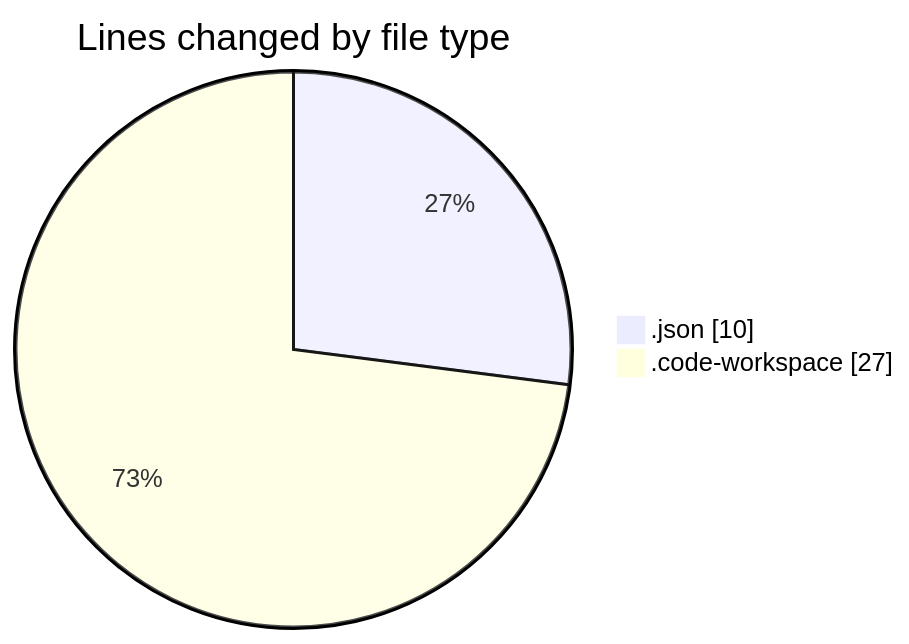
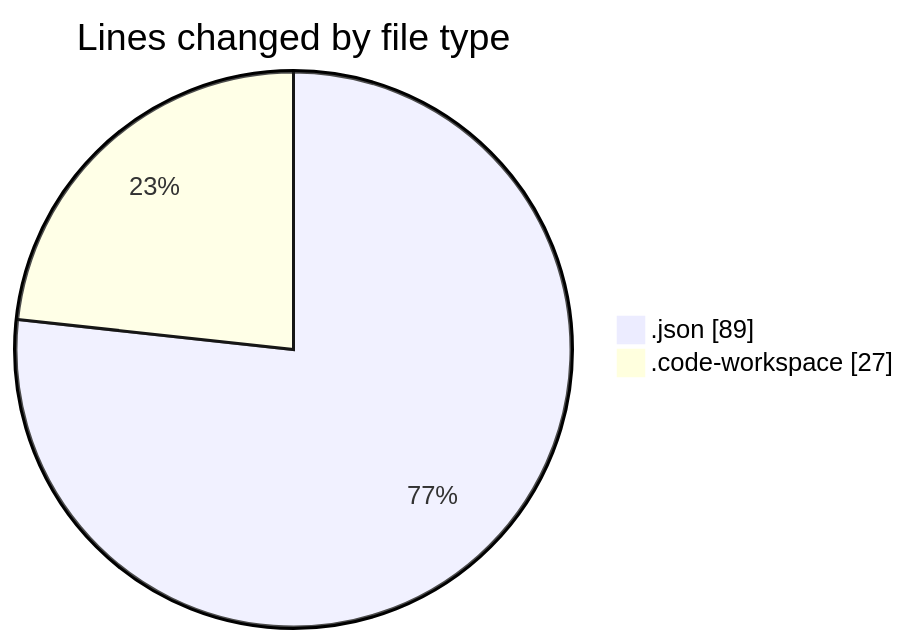
Before and after one commit to jadenblack/code-tracking: the first of 2 diagrams in 2026-02-27/shadcn-admin-kit-main__workspace_/README.md, drawn with Mermaid. The commit also changed other lines of this file and 1 other file, not shown here.

````diff
--- a/2026-02-27/shadcn-admin-kit-main__workspace_/README.md
+++ b/2026-02-27/shadcn-admin-kit-main__workspace_/README.md
@@ -21,6 +22,6 @@
 ```mermaid
 pie showData
 title Lines changed by file type
-".json" : 10
+".json" : 89
 ".code-workspace" : 27
 ```
````
